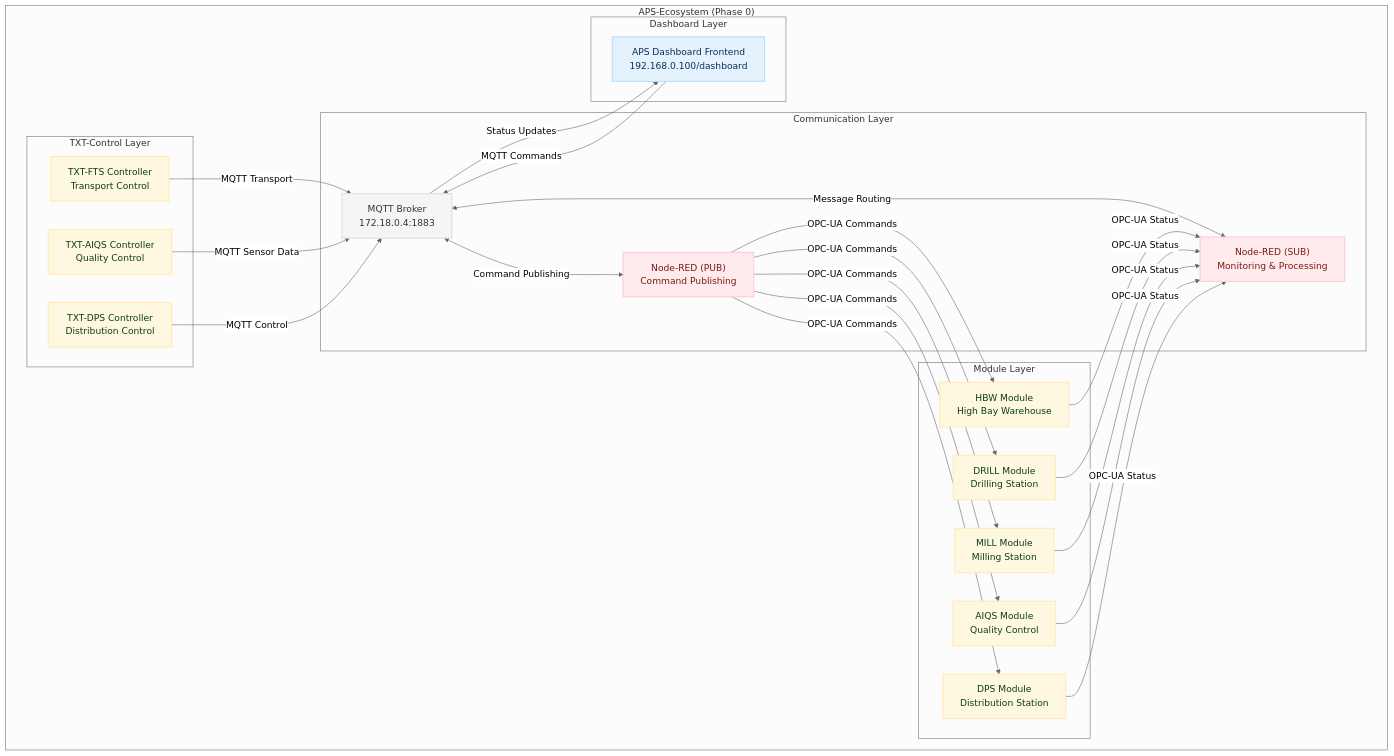
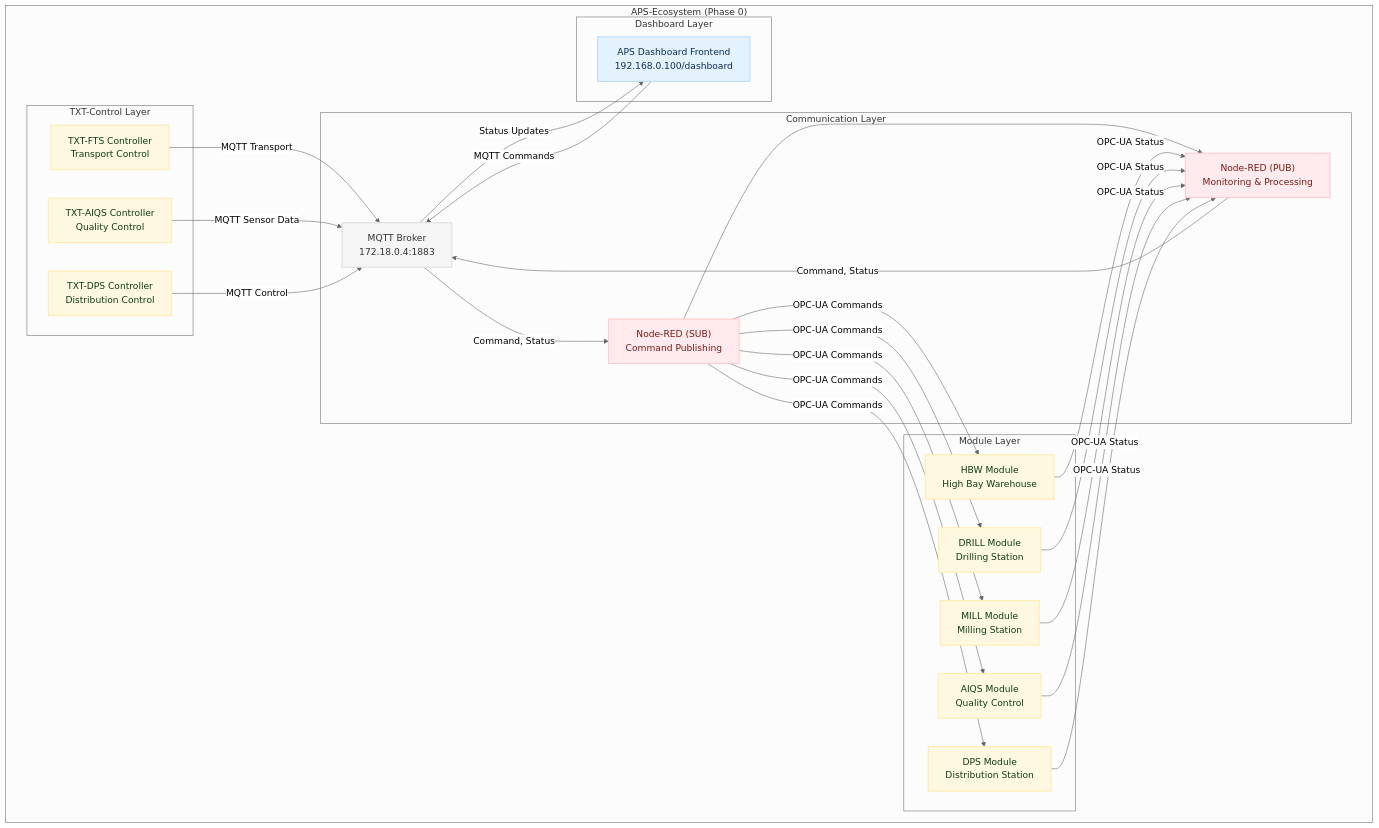
One commit to OliverBerger-ORBIS/ORBIS-Modellfabrik changed the first of 3 diagrams in docs/06-integrations/APS-Ecosystem/system-overview.md. Above: the diagram before and after it, drawn with Mermaid (neutral theme). The commit also changed 29 other files, not shown here.

First line of the commit message:
feat: PUB-SUB Analyse und Registry v2 Implementierung

````diff
--- a/docs/06-integrations/APS-Ecosystem/system-overview.md
+++ b/docs/06-integrations/APS-Ecosystem/system-overview.md
@@ -7,68 +7,74 @@
 ```mermaid
 graph TB
     subgraph "APS-Ecosystem (Phase 0)"
         subgraph "Dashboard Layer"
             APS_DASH["APS Dashboard Frontend<br/>192.168.0.100/dashboard"]
         end
         
         subgraph "Communication Layer"
             MQTT_BROKER["MQTT Broker<br/>172.18.0.4:1883"]
-            NODERED_SUB["Node-RED (SUB)<br/>Monitoring & Processing"]
-            NODERED_PUB["Node-RED (PUB)<br/>Command Publishing"]
+            NODERED_SUB["Node-RED (SUB)<br/>Command Publishing"]
+            NODERED_PUB["Node-RED (PUB)<br/>Monitoring & Processing"]
         end
         
         subgraph "Module Layer"
             HBW["HBW Module<br/>High Bay Warehouse"]
             DRILL["DRILL Module<br/>Drilling Station"]
             MILL["MILL Module<br/>Milling Station"]
             AIQS["AIQS Module<br/>Quality Control"]
             DPS["DPS Module<br/>Distribution Station"]
         end
         
         subgraph "TXT-Control Layer"
             TXT_FTS["TXT-FTS Controller<br/>Transport Control"]
             TXT_AIQS["TXT-AIQS Controller<br/>Quality Control"]
             TXT_DPS["TXT-DPS Controller<br/>Distribution Control"]
         end
     end
     
     %% Dashboard to MQTT
     APS_DASH -->|MQTT Commands| MQTT_BROKER
     
-    %% MQTT to Node-RED
-    MQTT_BROKER <-->|Message Routing| NODERED_SUB
-    MQTT_BROKER <-->|Command Publishing| NODERED_PUB
+    %% MQTT to Node-RED (SUB)
+    MQTT_BROKER -->|Command, Status| NODERED_SUB
+   
+    %% Node-RED Internal Communication
+    NODERED_SUB --> NODERED_PUB
+
+    %% Node-RED (PUB) to MQTT
+    NODERED_PUB -->|Command, Status| MQTT_BROKER
+
     
     %% Node-RED to Modules
-    NODERED_PUB -->|OPC-UA Commands| HBW
-    NODERED_PUB -->|OPC-UA Commands| DRILL
-    NODERED_PUB -->|OPC-UA Commands| MILL
-    NODERED_PUB -->|OPC-UA Commands| AIQS
-    NODERED_PUB -->|OPC-UA Commands| DPS
+    NODERED_SUB -->|OPC-UA Commands| HBW
+    NODERED_SUB -->|OPC-UA Commands| DRILL
+    NODERED_SUB -->|OPC-UA Commands| MILL
+    NODERED_SUB -->|OPC-UA Commands| AIQS
+    NODERED_SUB -->|OPC-UA Commands| DPS
     
     %% Modules to Node-RED
-    HBW -->|OPC-UA Status| NODERED_SUB
-    DRILL -->|OPC-UA Status| NODERED_SUB
-    MILL -->|OPC-UA Status| NODERED_SUB
-    AIQS -->|OPC-UA Status| NODERED_SUB
-    DPS -->|OPC-UA Status| NODERED_SUB
+    HBW -->|OPC-UA Status| NODERED_PUB
+    DRILL -->|OPC-UA Status| NODERED_PUB
+    MILL -->|OPC-UA Status| NODERED_PUB
+    AIQS -->|OPC-UA Status| NODERED_PUB
+    DPS -->|OPC-UA Status| NODERED_PUB
     
     %% TXT-Controller to MQTT
     TXT_FTS -->|MQTT Transport| MQTT_BROKER
     TXT_AIQS -->|MQTT Sensor Data| MQTT_BROKER
     TXT_DPS -->|MQTT Control| MQTT_BROKER
     
     %% MQTT to Dashboard
     MQTT_BROKER -->|Status Updates| APS_DASH
     
     classDef orbis fill:#e3f2fd,stroke:#bbdefb,stroke-width:2px,color:#0b2e59
     classDef fthardware fill:#fff8e1,stroke:#ffecb3,stroke-width:2px,color:#0b3d16
     classDef ftsoftware fill:#ffebee,stroke:#ffcdd2,stroke-width:2px,color:#7a1a14
     classDef external fill:#f5f5f5,stroke:#e0e0e0,stroke-width:2px,color:#333
     
     class APS_DASH orbis
     class MQTT_BROKER external
     class NODERED_SUB,NODERED_PUB ftsoftware
     class HBW,DRILL,MILL,AIQS,DPS fthardware
     class TXT_FTS,TXT_AIQS,TXT_DPS fthardware
 ```
````
